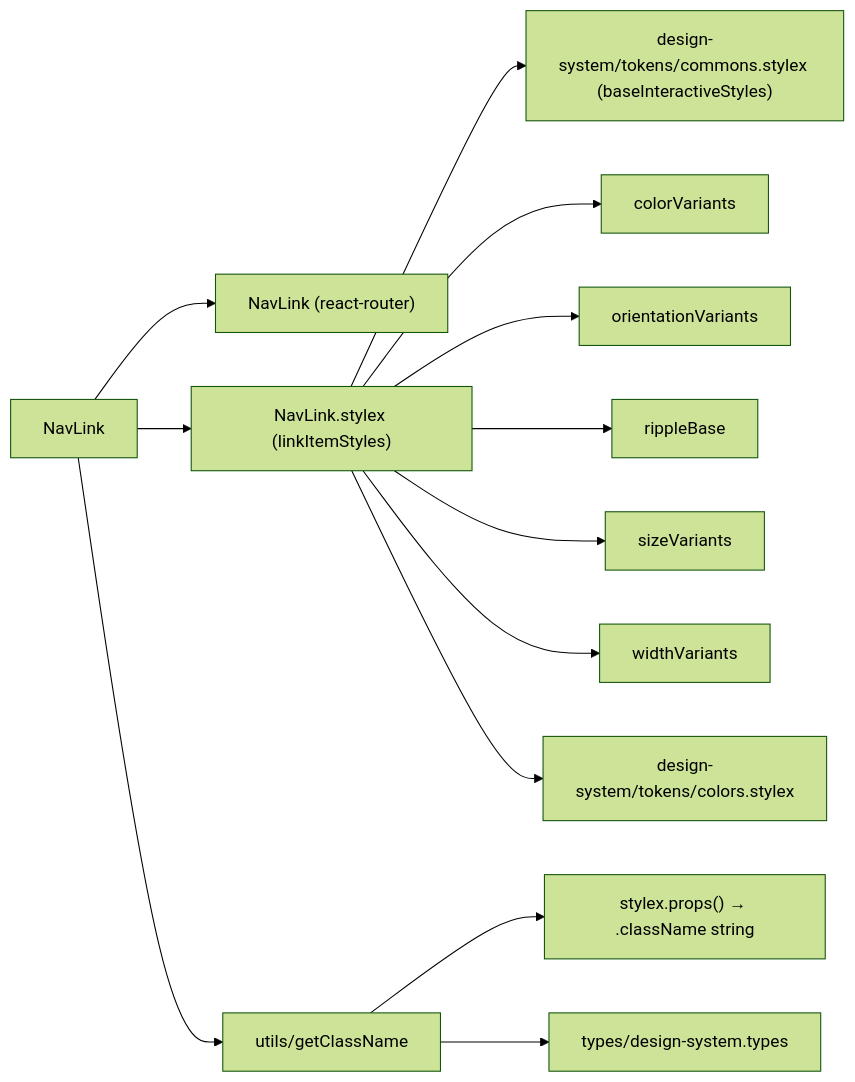
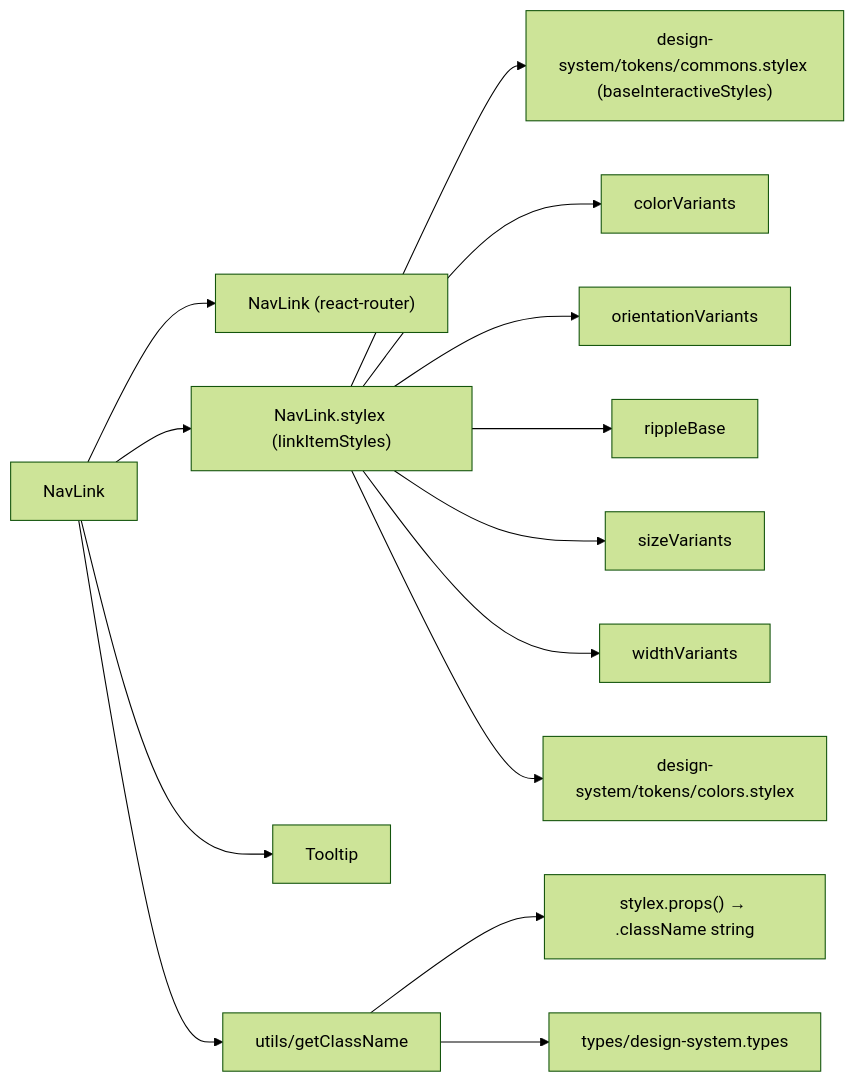
One commit to luciocabrera/lcabrera-stack changed the first of 2 diagrams in apps/react-router/src/components/NavLink/ARCHITECTURE.md. Above: the diagram before and after it, drawn with Mermaid (forest theme). The commit also changed other lines of this file and 20 other files, not shown here.

````diff
--- a/apps/react-router/src/components/NavLink/ARCHITECTURE.md
+++ b/apps/react-router/src/components/NavLink/ARCHITECTURE.md
@@ -20,17 +20,18 @@
 ```mermaid
 graph LR
   NavLink --> RouterNavLink["NavLink (react-router)"]
   NavLink --> NavLink_stylex["NavLink.stylex (linkItemStyles)"]
+  NavLink --> Tooltip
   NavLink --> getClassName["utils/getClassName"]
 
   NavLink_stylex --> baseInteractiveStyles["design-system/tokens/commons.stylex (baseInteractiveStyles)"]
   NavLink_stylex --> colorVariants["colorVariants"]
   NavLink_stylex --> orientationVariants["orientationVariants"]
   NavLink_stylex --> rippleBase["rippleBase"]
   NavLink_stylex --> sizeVariants["sizeVariants"]
   NavLink_stylex --> widthVariants["widthVariants"]
   NavLink_stylex --> colors["design-system/tokens/colors.stylex"]
 
   getClassName --> stylex_props["stylex.props() → .className string"]
   getClassName --> design_types["types/design-system.types"]
 ```
````
